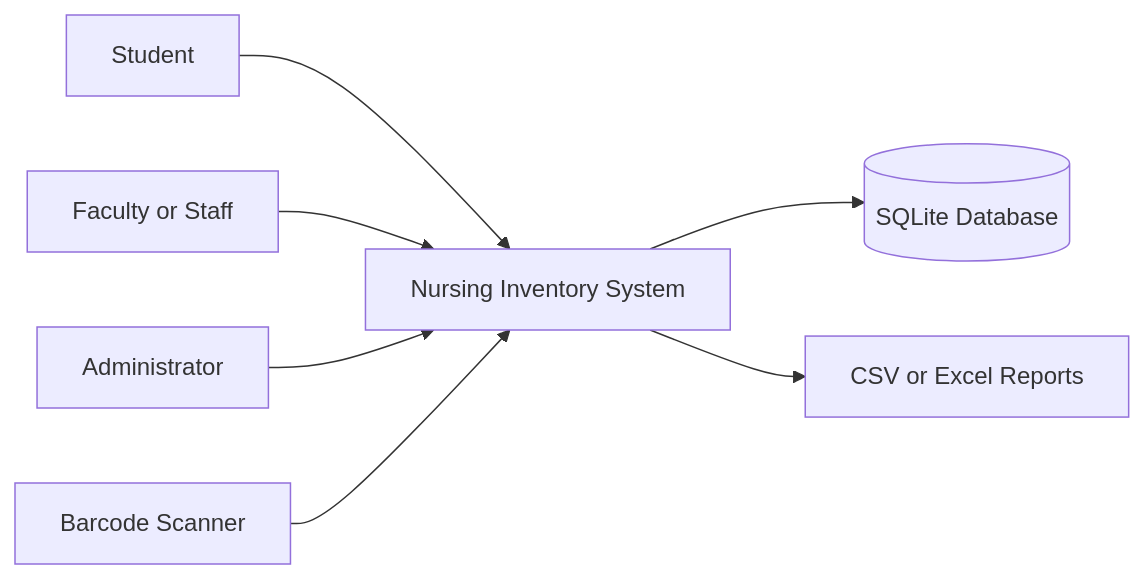
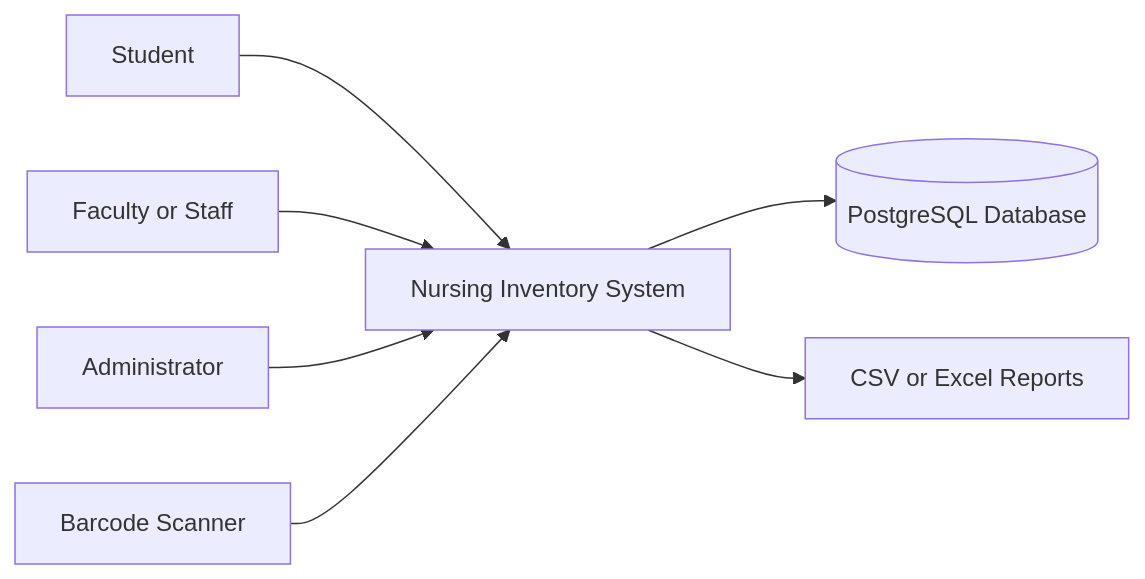
One commit to CS22M105/inventory_management_system changed the first of 11 diagrams in design_docx/SYSTEM_DIAGRAMS.md. Above: the diagram before and after it, drawn with Mermaid. The commit also changed other lines of this file and 6 other files, not shown here.

Commit message:
docs: replace SQLite references with PostgreSQL to match code

````diff
--- a/design_docx/SYSTEM_DIAGRAMS.md
+++ b/design_docx/SYSTEM_DIAGRAMS.md
@@ -21,17 +21,17 @@
 ```mermaid
 flowchart LR
     Student[Student]
     Faculty[Faculty or Staff]
     Admin[Administrator]
     Scanner[Barcode Scanner]
     System[Nursing Inventory System]
-    Database[(SQLite Database)]
+    Database[(PostgreSQL Database)]
     Reports[CSV or Excel Reports]
 
     Student --> System
     Faculty --> System
     Admin --> System
     Scanner --> System
     System --> Database
     System --> Reports
 ```
````
